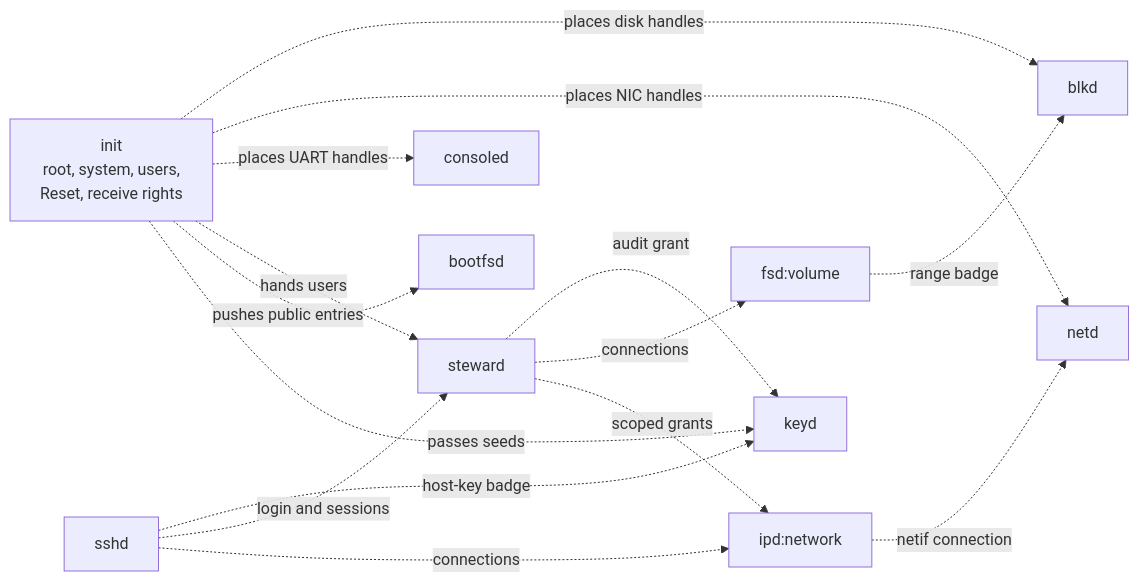
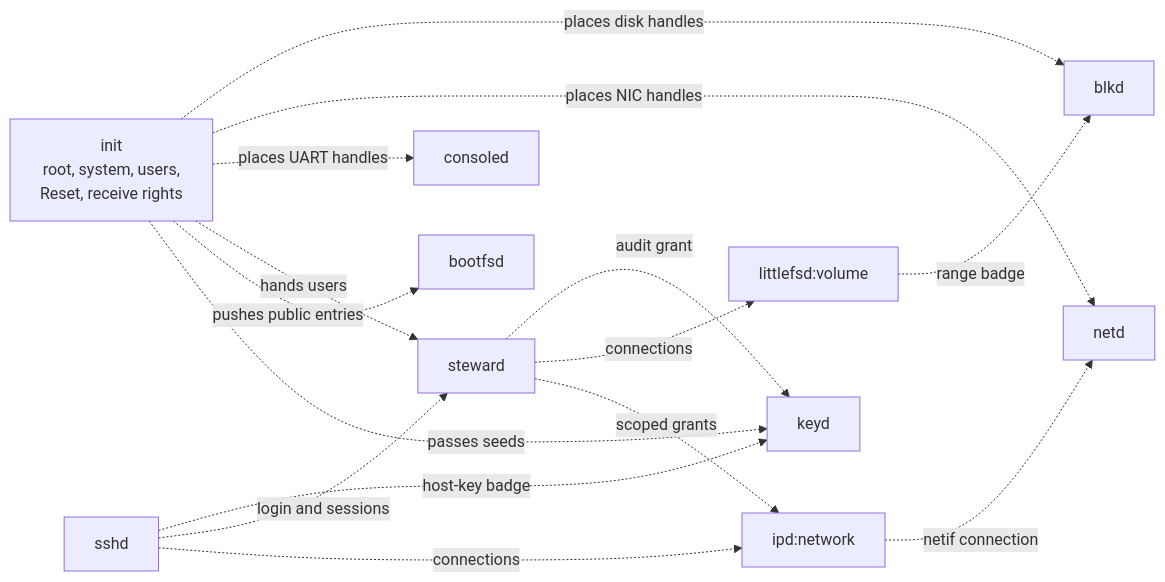
Before and after one commit to sirmick/redoubt: the second of 3 diagrams in docs/servers/README.md, drawn with Mermaid. The commit also changed other lines of this file and 25 other files, not shown here.

````diff
--- a/docs/servers/README.md
+++ b/docs/servers/README.md
@@ -246,17 +246,17 @@
 ```mermaid
 flowchart LR
     I[init<br/>root, system, users,<br/>Reset, receive rights] -. places disk handles .-> BL[blkd]
     I -. places NIC handles .-> ND[netd]
     I -. places UART handles .-> CO[consoled]
     I -. hands users .-> ST[steward]
     I -. pushes public entries .-> BF[bootfsd]
     I -. passes seeds .-> KD[keyd]
-    FS[fsd:volume] -. range badge .-> BL
+    FS[littlefsd:volume] -. range badge .-> BL
     IP[ipd:network] -. netif connection .-> ND
     ST -. audit grant .-> KD
     SS[sshd] -. host-key badge .-> KD
     SS -. login and sessions .-> ST
     SS -. connections .-> IP
     ST -. connections .-> FS
     ST -. scoped grants .-> IP
 ```
````
